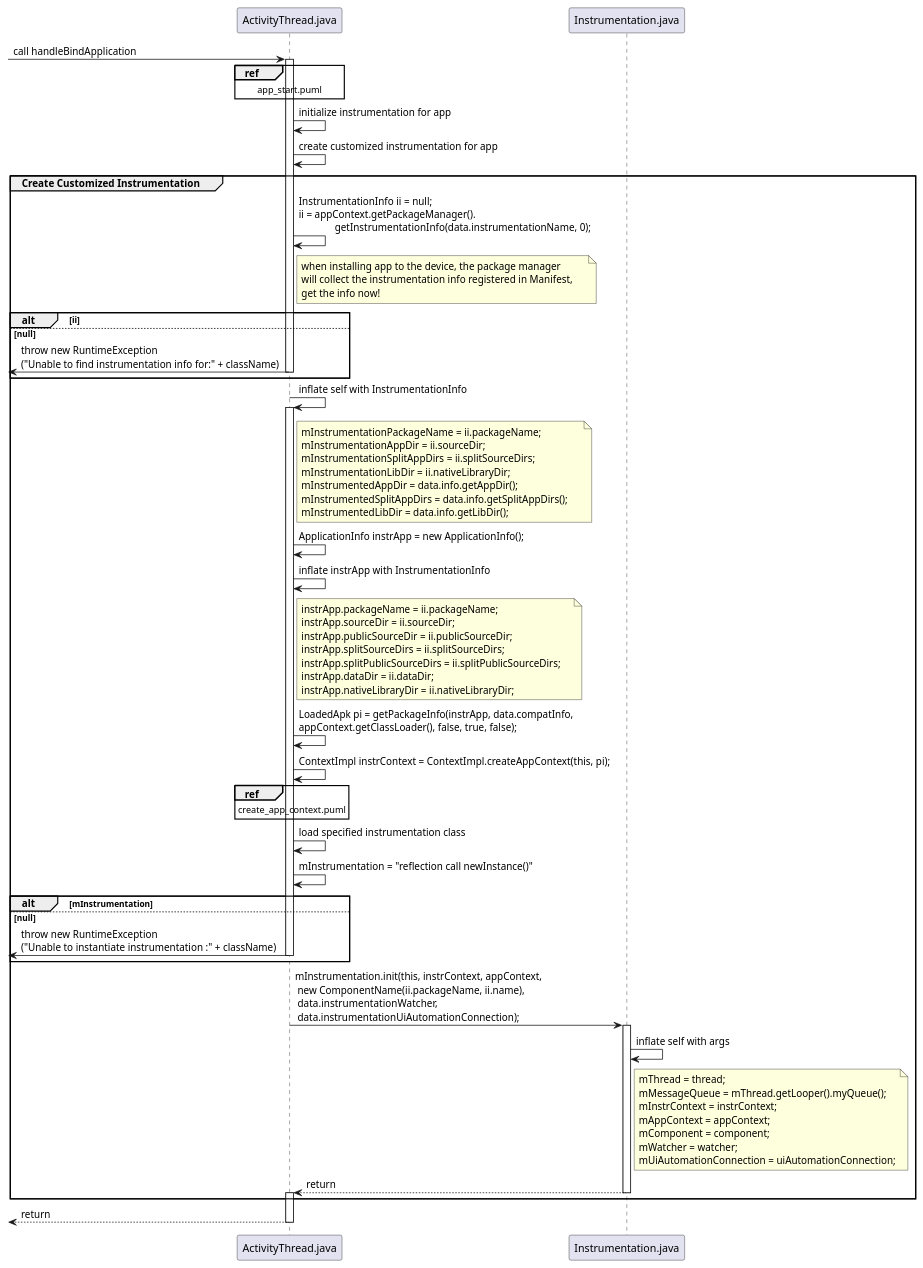
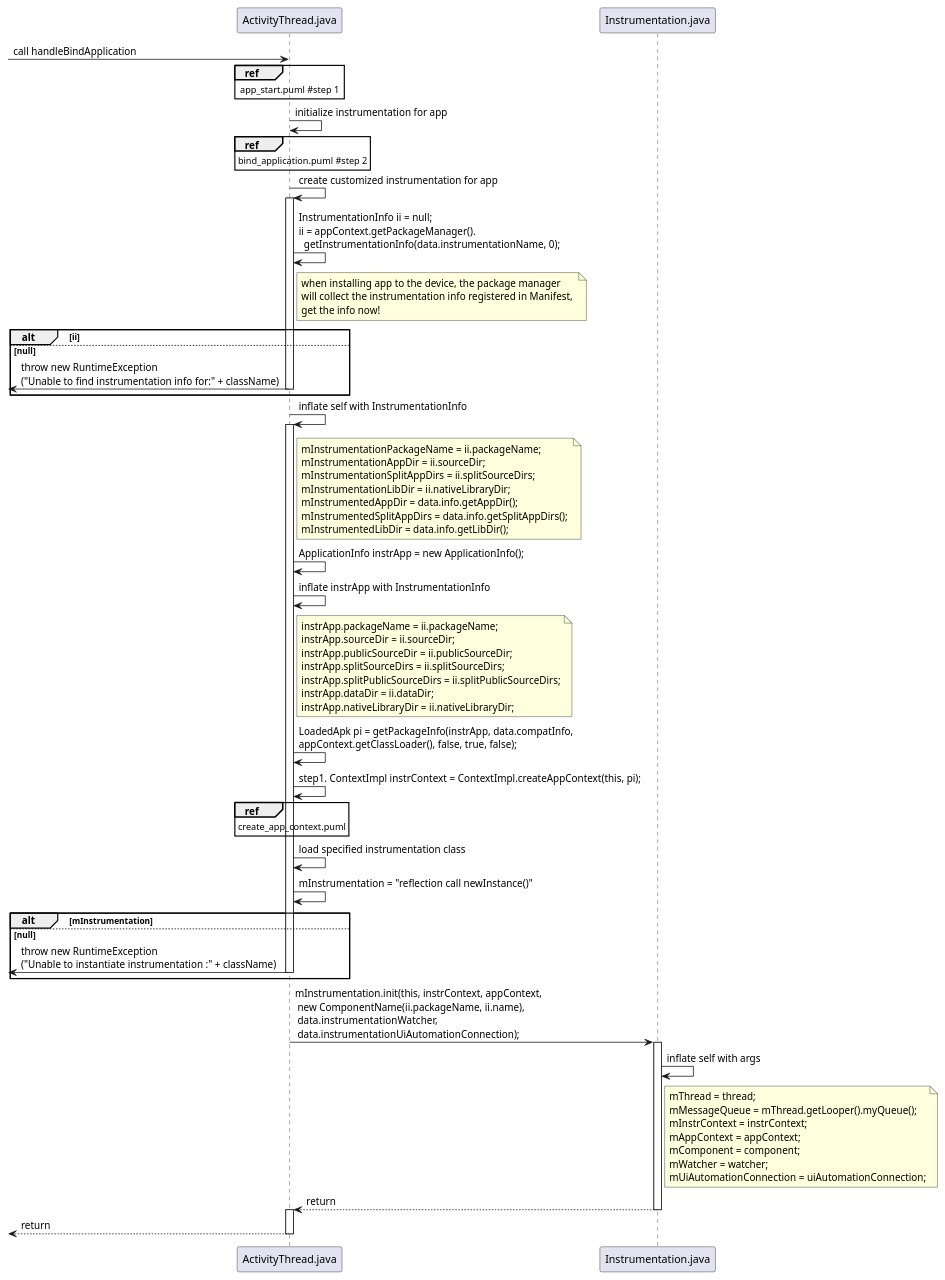
One commit to heavy-james/AndroidStartSequence changed the diagram in uml/7_app_start/create_specified_instrumentation.puml. Above: the diagram before and after it, drawn with PlantUML. The commit also changed 8 other files, not shown here.

Commit message:
complete activity start umls

```diff
--- a/uml/7_app_start/create_specified_instrumentation.puml
+++ b/uml/7_app_start/create_specified_instrumentation.puml
@@ -1,102 +1,103 @@
 @startuml
 participant ActivityThread as "ActivityThread.java"
 
 participant Instrumentation as "Instrumentation.java"
 
 -> ActivityThread : call handleBindApplication
 
+
+
+ref over ActivityThread : app_start.puml #step 1
+
+ActivityThread -> ActivityThread : initialize instrumentation for app
+ref over ActivityThread : bind_application.puml #step 2
+
+ActivityThread -> ActivityThread : create customized instrumentation for app
 activate ActivityThread
 
-ref over ActivityThread : app_start.puml
-
-ActivityThread -> ActivityThread : initialize instrumentation for app
-
-ActivityThread -> ActivityThread : create customized instrumentation for app
-
-group Create Customized Instrumentation
-
-    ActivityThread -> ActivityThread : InstrumentationInfo ii = null;\
-    \nii = appContext.getPackageManager().\
-    \n              getInstrumentationInfo(data.instrumentationName, 0);
-
-    note right of ActivityThread : when installing app to the device, the package manager\
-     \nwill collect the instrumentation info registered in Manifest,\
-     \nget the info now!
-
-    alt ii
-    else null
-        <- ActivityThread : throw new RuntimeException\
-        \n("Unable to find instrumentation info for:" + className)
-        deactivate ActivityThread
-    end
-
-    ActivityThread -> ActivityThread : inflate self with InstrumentationInfo
-
-    activate ActivityThread
-    note right of ActivityThread : mInstrumentationPackageName = ii.packageName;\
-     \nmInstrumentationAppDir = ii.sourceDir;\
-     \nmInstrumentationSplitAppDirs = ii.splitSourceDirs;\
-     \nmInstrumentationLibDir = ii.nativeLibraryDir;\
-     \nmInstrumentedAppDir = data.info.getAppDir();\
-     \nmInstrumentedSplitAppDirs = data.info.getSplitAppDirs();\
-     \nmInstrumentedLibDir = data.info.getLibDir();
-
-    ActivityThread -> ActivityThread : ApplicationInfo instrApp = new ApplicationInfo();
-
-    ActivityThread -> ActivityThread : inflate instrApp with InstrumentationInfo
-
-    note right of ActivityThread : instrApp.packageName = ii.packageName;\
-    \ninstrApp.sourceDir = ii.sourceDir;\
-    \ninstrApp.publicSourceDir = ii.publicSourceDir;\
-    \ninstrApp.splitSourceDirs = ii.splitSourceDirs;\
-    \ninstrApp.splitPublicSourceDirs = ii.splitPublicSourceDirs;\
-    \ninstrApp.dataDir = ii.dataDir;\
-    \ninstrApp.nativeLibraryDir = ii.nativeLibraryDir;
-
-    ActivityThread -> ActivityThread : LoadedApk pi = getPackageInfo(instrApp, data.compatInfo,\
-    \nappContext.getClassLoader(), false, true, false);
-
-    ActivityThread -> ActivityThread : ContextImpl instrContext = ContextImpl.createAppContext(this, pi);
-
-    ref over ActivityThread : create_app_context.puml
-
-    ActivityThread -> ActivityThread : load specified instrumentation class
-
-    ActivityThread -> ActivityThread : mInstrumentation = "reflection call newInstance()"
-
-    alt mInstrumentation
-    else null
-        <- ActivityThread : throw new RuntimeException\
-        \n("Unable to instantiate instrumentation :" + className)
-        deactivate ActivityThread
-    end
 
 
-    ActivityThread -> Instrumentation : mInstrumentation.init(this, instrContext, appContext,\
-    \n new ComponentName(ii.packageName, ii.name),\
-    \n data.instrumentationWatcher,\
-    \n data.instrumentationUiAutomationConnection);\
+ActivityThread -> ActivityThread : InstrumentationInfo ii = null;\
+\nii = appContext.getPackageManager().\
+\n  getInstrumentationInfo(data.instrumentationName, 0);
 
-    deactivate ActivityThread
+note right of ActivityThread : when installing app to the device, the package manager\
+ \nwill collect the instrumentation info registered in Manifest,\
+ \nget the info now!
 
-    activate Instrumentation
+alt ii
+else null
+<- ActivityThread : throw new RuntimeException\
+\n("Unable to find instrumentation info for:" + className)
+deactivate ActivityThread
+end
 
-    Instrumentation -> Instrumentation : inflate self with args
+ActivityThread -> ActivityThread : inflate self with InstrumentationInfo
 
-    note right of Instrumentation : mThread = thread;\
-    \nmMessageQueue = mThread.getLooper().myQueue();\
-    \nmInstrContext = instrContext;\
-    \nmAppContext = appContext;\
-    \nmComponent = component;\
-    \nmWatcher = watcher;\
-    \nmUiAutomationConnection = uiAutomationConnection;
+activate ActivityThread
+note right of ActivityThread : mInstrumentationPackageName = ii.packageName;\
+ \nmInstrumentationAppDir = ii.sourceDir;\
+ \nmInstrumentationSplitAppDirs = ii.splitSourceDirs;\
+ \nmInstrumentationLibDir = ii.nativeLibraryDir;\
+ \nmInstrumentedAppDir = data.info.getAppDir();\
+ \nmInstrumentedSplitAppDirs = data.info.getSplitAppDirs();\
+ \nmInstrumentedLibDir = data.info.getLibDir();
 
-    Instrumentation --> ActivityThread : return
-    deactivate Instrumentation
-    activate ActivityThread
+ActivityThread -> ActivityThread : ApplicationInfo instrApp = new ApplicationInfo();
+
+ActivityThread -> ActivityThread : inflate instrApp with InstrumentationInfo
+
+note right of ActivityThread : instrApp.packageName = ii.packageName;\
+\ninstrApp.sourceDir = ii.sourceDir;\
+\ninstrApp.publicSourceDir = ii.publicSourceDir;\
+\ninstrApp.splitSourceDirs = ii.splitSourceDirs;\
+\ninstrApp.splitPublicSourceDirs = ii.splitPublicSourceDirs;\
+\ninstrApp.dataDir = ii.dataDir;\
+\ninstrApp.nativeLibraryDir = ii.nativeLibraryDir;
+
+ActivityThread -> ActivityThread : LoadedApk pi = getPackageInfo(instrApp, data.compatInfo,\
+\nappContext.getClassLoader(), false, true, false);
+
+ActivityThread -> ActivityThread : step1. ContextImpl instrContext = ContextImpl.createAppContext(this, pi);
+
+ref over ActivityThread : create_app_context.puml
+
+ActivityThread -> ActivityThread : load specified instrumentation class
+
+ActivityThread -> ActivityThread : mInstrumentation = "reflection call newInstance()"
+
+alt mInstrumentation
+else null
+<- ActivityThread : throw new RuntimeException\
+\n("Unable to instantiate instrumentation :" + className)
+deactivate ActivityThread
 end
+
+
+ActivityThread -> Instrumentation : mInstrumentation.init(this, instrContext, appContext,\
+\n new ComponentName(ii.packageName, ii.name),\
+\n data.instrumentationWatcher,\
+\n data.instrumentationUiAutomationConnection);\
+
+deactivate ActivityThread
+
+activate Instrumentation
+
+Instrumentation -> Instrumentation : inflate self with args
+
+note right of Instrumentation : mThread = thread;\
+\nmMessageQueue = mThread.getLooper().myQueue();\
+\nmInstrContext = instrContext;\
+\nmAppContext = appContext;\
+\nmComponent = component;\
+\nmWatcher = watcher;\
+\nmUiAutomationConnection = uiAutomationConnection;
+
+Instrumentation --> ActivityThread : return
+deactivate Instrumentation
+activate ActivityThread
 
 <-- ActivityThread : return
 deactivate ActivityThread
 
 @enduml
```
